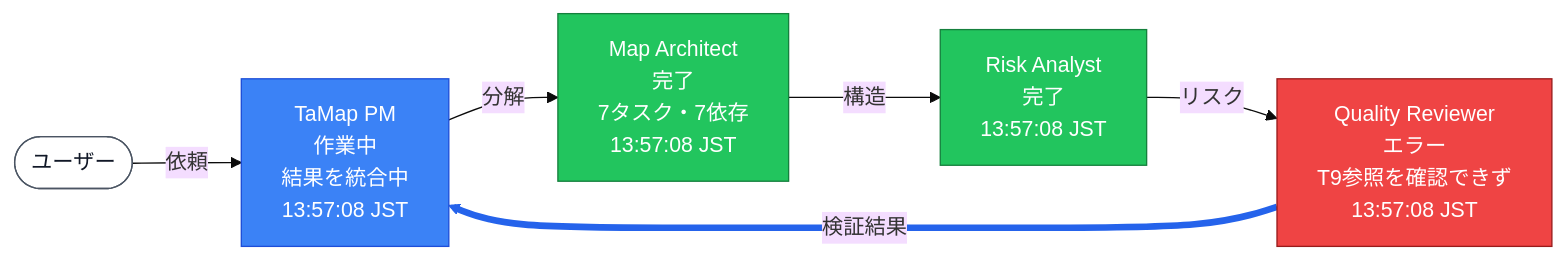
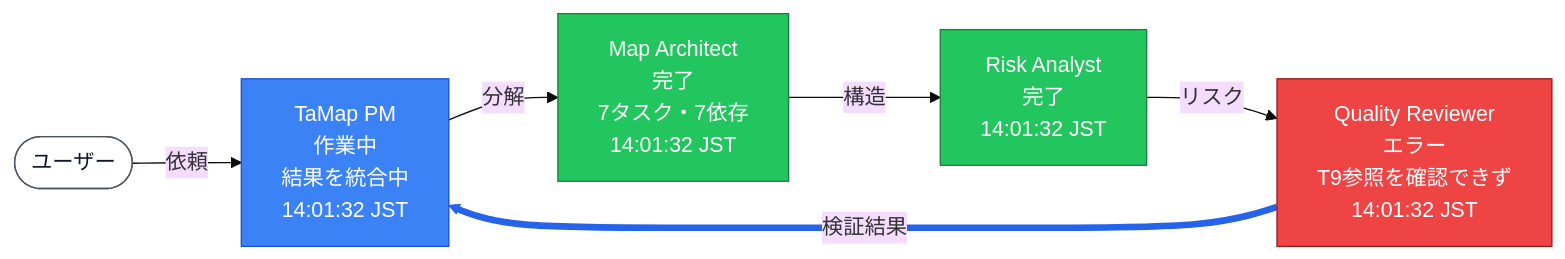
The seventh of 11 diagrams in docs/sample_output.md (nekomario28/tamap), drawn with Mermaid (base theme) before and after one commit. The commit also changed other lines of this file and 2 other files, not shown here.

Commit message:
docs: rewrite README for the in-chat approach (map_id/revision), update notes (P7)

````diff
--- a/docs/sample_output.md
+++ b/docs/sample_output.md
@@ -217,23 +217,23 @@
 ```mermaid
 flowchart LR
   U(["ユーザー"])
-  PM["TaMap PM<br>作業中<br>結果を統合中<br>13:57:08 JST"]
-  MA["Map Architect<br>完了<br>7タスク・7依存<br>13:57:08 JST"]
-  RA["Risk Analyst<br>完了<br>13:57:08 JST"]
-  QR["Quality Reviewer<br>エラー<br>T9参照を確認できず<br>13:57:08 JST"]
+  PM["TaMap PM<br>作業中<br>結果を統合中<br>14:01:32 JST"]
+  MA["Map Architect<br>完了<br>7タスク・7依存<br>14:01:32 JST"]
+  RA["Risk Analyst<br>完了<br>14:01:32 JST"]
+  QR["Quality Reviewer<br>エラー<br>T9参照を確認できず<br>14:01:32 JST"]
   U -- 依頼 --> PM
   PM -- 分解 --> MA
   MA -- 構造 --> RA
   RA -- リスク --> QR
   QR -- 検証結果 --> PM
   classDef idle fill:#9ca3af,stroke:#4b5563,color:#111827
   classDef working fill:#3b82f6,stroke:#1d4ed8,color:#ffffff
   classDef done fill:#22c55e,stroke:#15803d,color:#ffffff
   classDef error fill:#ef4444,stroke:#991b1b,color:#ffffff
   classDef user fill:#ffffff,stroke:#4b5563,color:#111827
   class U user
   class PM working
   class MA,RA done
   class QR error
   linkStyle 4 stroke:#2563eb,stroke-width:5px
 ```
````
